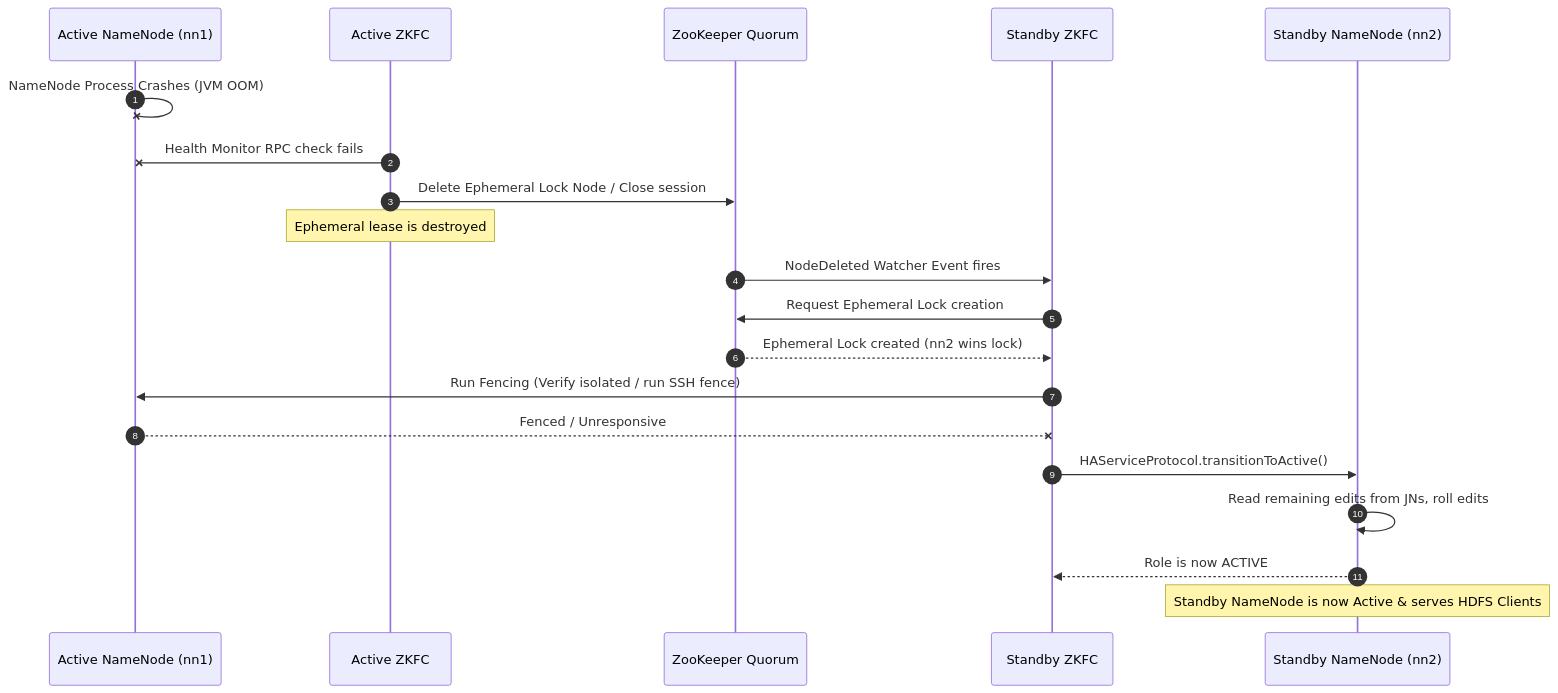
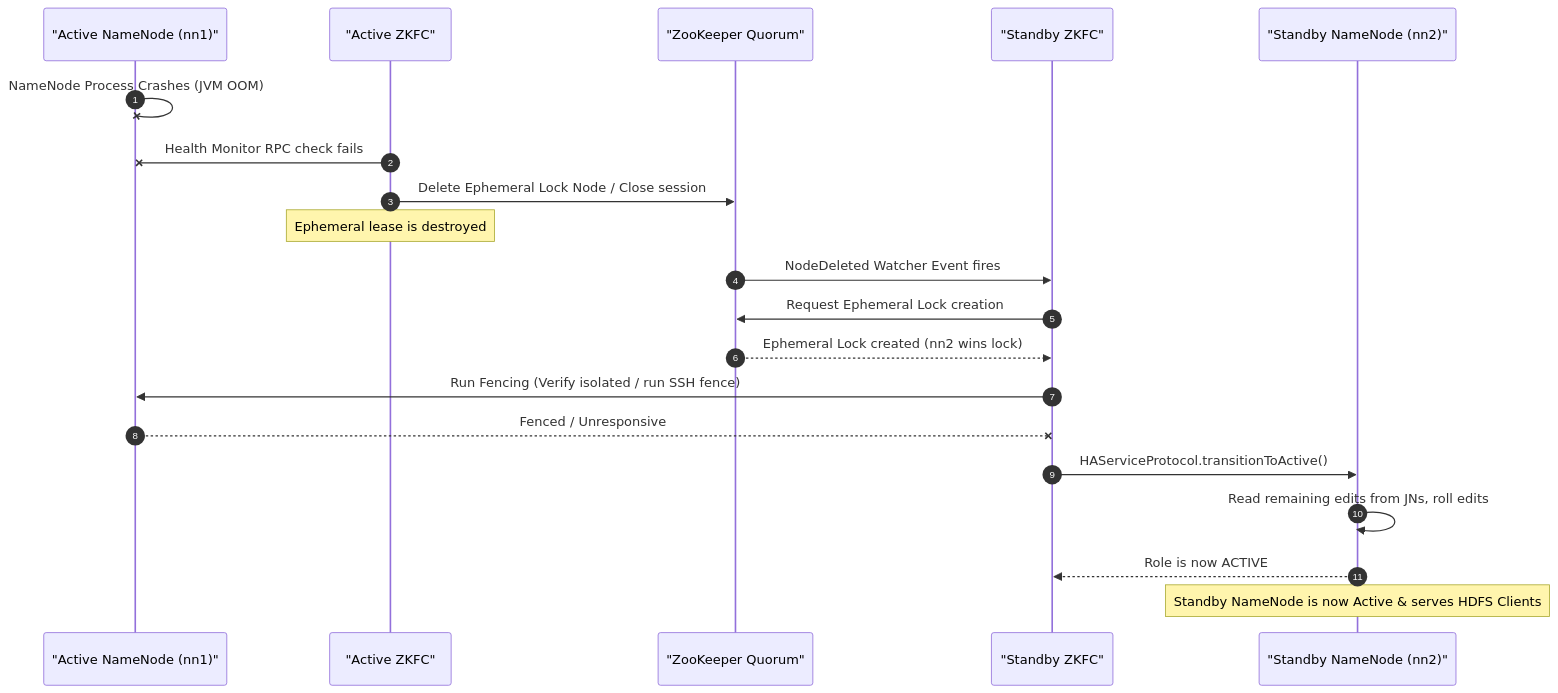
Before and after one commit to userhimanshuverma/30_Days_of_Modern_Hadoop_Ecosystem: the sixth of 10 diagrams in Day-03-HDFS-High-Availability/README.md, drawn with Mermaid. The commit also changed other lines of this file and 3 other files, not shown here.

Commit message:
Fix Mermaid diagram parse errors by quoting/labeling elements that contain parentheses

````diff
--- a/Day-03-HDFS-High-Availability/README.md
+++ b/Day-03-HDFS-High-Availability/README.md
@@ -282,26 +282,26 @@
 ```mermaid
 sequenceDiagram
     autonumber
-    participant ActiveNN as Active NameNode (nn1)
-    participant ZKFC1 as Active ZKFC
-    participant ZK as ZooKeeper Quorum
-    participant ZKFC2 as Standby ZKFC
-    participant StandbyNN as Standby NameNode (nn2)
+    participant ActiveNN as "Active NameNode (nn1)"
+    participant ZKFC1 as "Active ZKFC"
+    participant ZK as "ZooKeeper Quorum"
+    participant ZKFC2 as "Standby ZKFC"
+    participant StandbyNN as "Standby NameNode (nn2)"
 
     ActiveNN-xActiveNN: NameNode Process Crashes (JVM OOM)
     ZKFC1-xActiveNN: Health Monitor RPC check fails
     ZKFC1->>ZK: Delete Ephemeral Lock Node / Close session
     Note over ZKFC1: Ephemeral lease is destroyed
     
     ZK->>ZKFC2: NodeDeleted Watcher Event fires
     ZKFC2->>ZK: Request Ephemeral Lock creation
     ZK-->>ZKFC2: Ephemeral Lock created (nn2 wins lock)
     
     ZKFC2->>ActiveNN: Run Fencing (Verify isolated / run SSH fence)
     ActiveNN--xZKFC2: Fenced / Unresponsive
     
     ZKFC2->>StandbyNN: HAServiceProtocol.transitionToActive()
     StandbyNN->>StandbyNN: Read remaining edits from JNs, roll edits
     StandbyNN-->>ZKFC2: Role is now ACTIVE
     Note over StandbyNN: Standby NameNode is now Active & serves HDFS Clients
 ```
````
